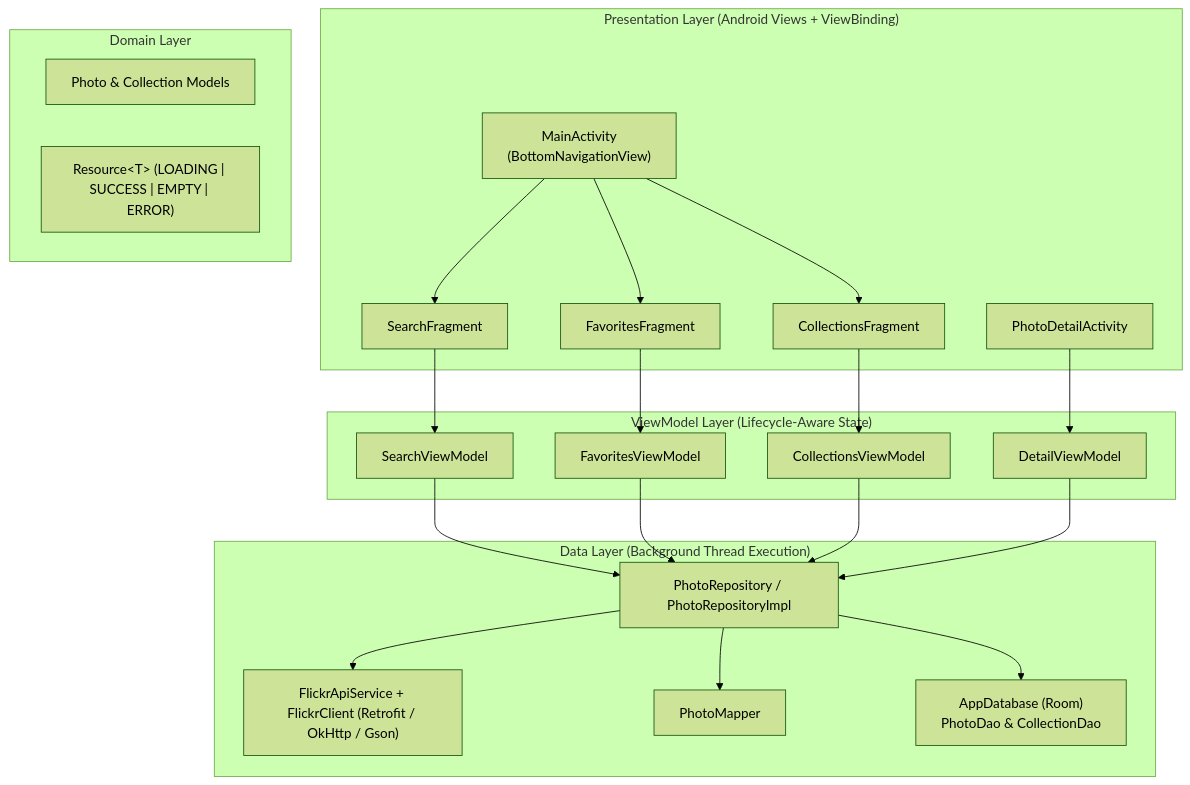
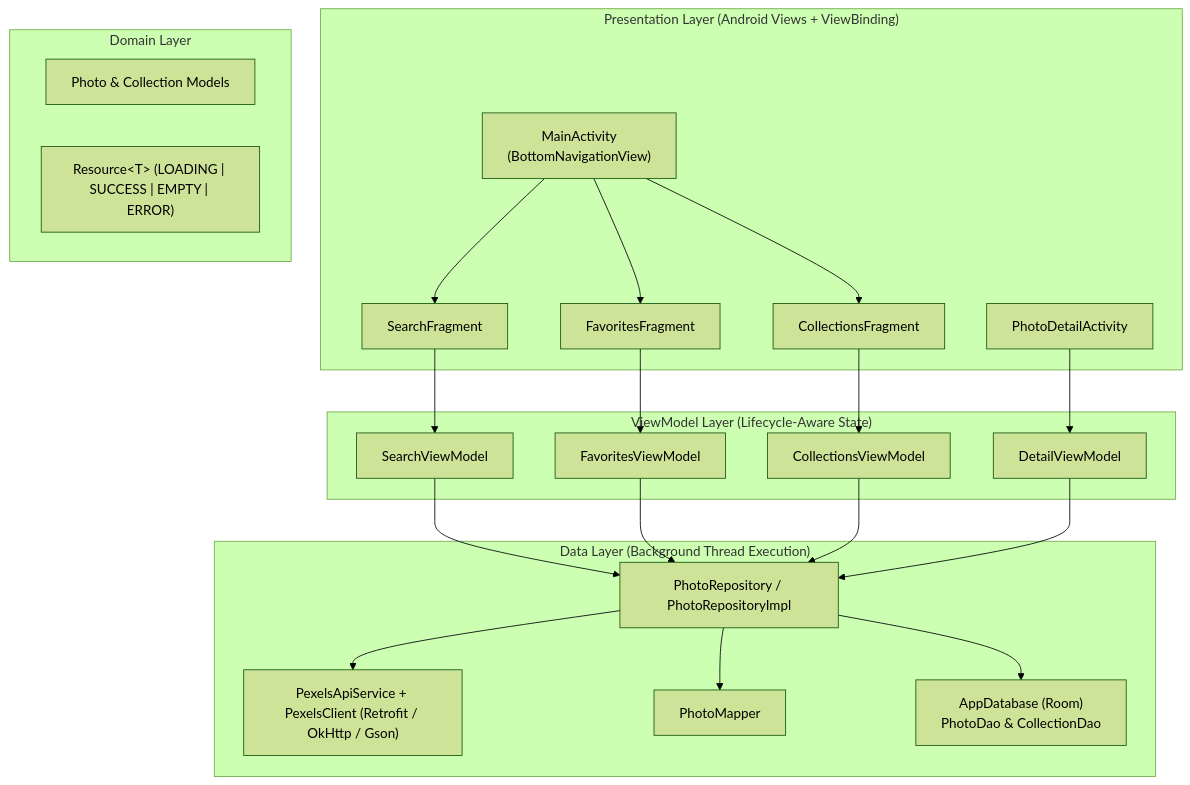
Before and after one commit to arcrek/FlickrImageBrowser: the diagram in docs/ARCHITECTURE.md, drawn with Mermaid (forest theme). The commit also changed other lines of this file and 19 other files, not shown here.

First line of the commit message:
feat(remote): migrate remote API layer from Flickr to Pexels

````diff
--- a/docs/ARCHITECTURE.md
+++ b/docs/ARCHITECTURE.md
@@ -7,46 +7,46 @@
 ```mermaid
 flowchart TD
     subgraph UI["Presentation Layer (Android Views + ViewBinding)"]
         MA["MainActivity<br/>(BottomNavigationView)"]
         SF["SearchFragment"]
         FF["FavoritesFragment"]
         CF["CollectionsFragment"]
         PDA["PhotoDetailActivity"]
     end
 
     subgraph VM["ViewModel Layer (Lifecycle-Aware State)"]
         SVM["SearchViewModel"]
         FVM["FavoritesViewModel"]
         CVM["CollectionsViewModel"]
         DVM["DetailViewModel"]
     end
 
     subgraph Domain["Domain Layer"]
         PM["Photo &amp; Collection Models"]
         RES["Resource&lt;T&gt; (LOADING | SUCCESS | EMPTY | ERROR)"]
     end
 
     subgraph Data["Data Layer (Background Thread Execution)"]
         REPO["PhotoRepository / PhotoRepositoryImpl"]
-        API["FlickrApiService + FlickrClient (Retrofit / OkHttp / Gson)"]
+        API["PexelsApiService + PexelsClient (Retrofit / OkHttp / Gson)"]
         MAP["PhotoMapper"]
         DB["AppDatabase (Room)<br/>PhotoDao &amp; CollectionDao"]
     end
 
     MA --> SF
     MA --> FF
     MA --> CF
     SF --> SVM
     FF --> FVM
     CF --> CVM
     PDA --> DVM
 
     SVM --> REPO
     FVM --> REPO
     CVM --> REPO
     DVM --> REPO
 
     REPO --> API
     REPO --> MAP
     REPO --> DB
 ```
````
